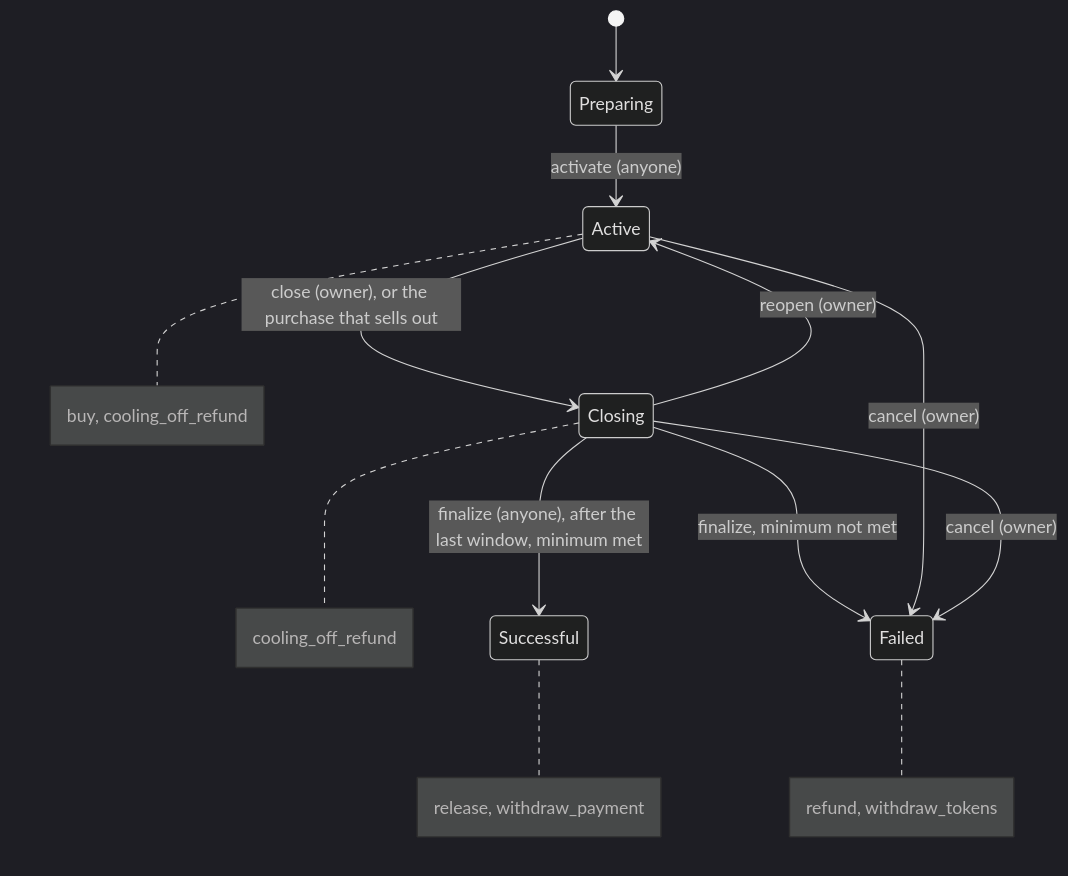
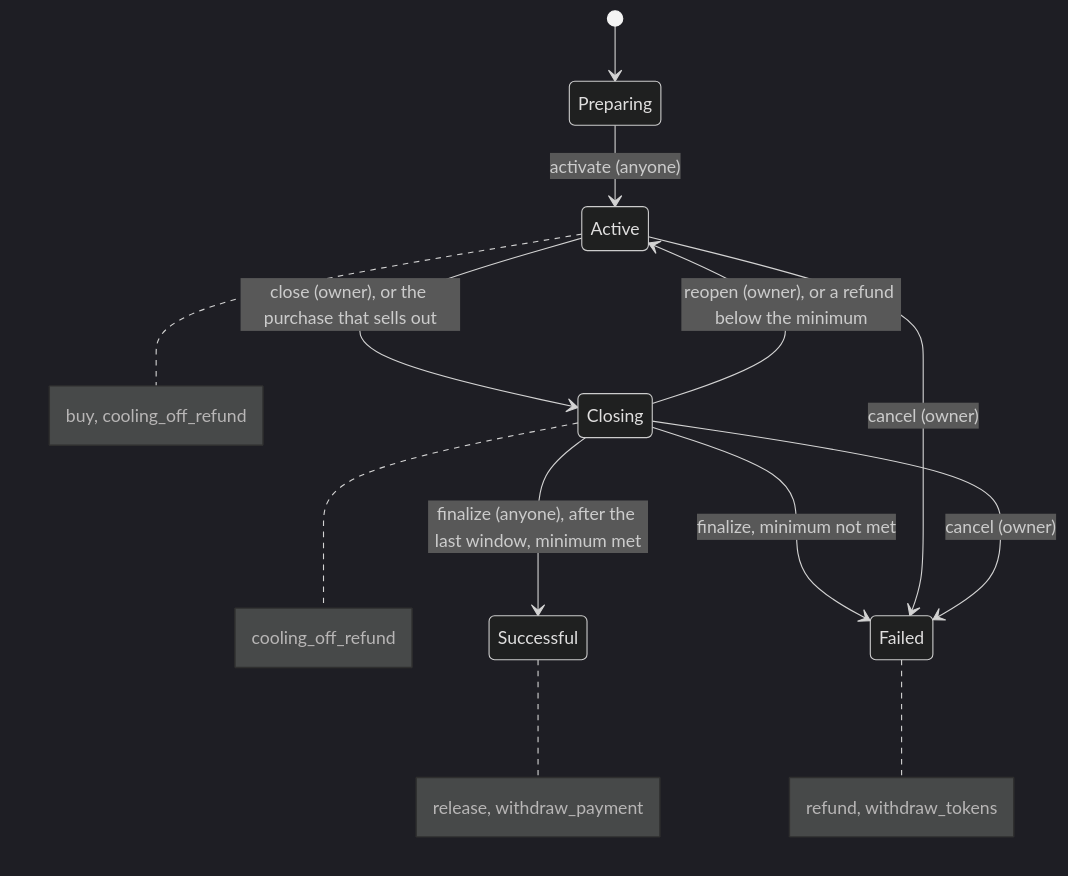
One commit to BWB-Labs/bwb-stellar changed the diagram in docs/offer-sale.md. Above: the diagram before and after it, drawn with Mermaid (dark theme). The commit also changed other lines of this file and 6 other files, not shown here.

First line of the commit message:
feat(offer-sale): a refund below the minimum during closing reopens buying

````diff
--- a/docs/offer-sale.md
+++ b/docs/offer-sale.md
@@ -12,15 +12,15 @@
 ```mermaid
 stateDiagram-v2
   [*] --> Preparing
   Preparing --> Active: activate (anyone)
   Active --> Closing: close (owner), or the purchase that sells out
-  Closing --> Active: reopen (owner)
+  Closing --> Active: reopen (owner), or a refund below the minimum
   Closing --> Successful: finalize (anyone), after the last window, minimum met
   Closing --> Failed: finalize, minimum not met
   Active --> Failed: cancel (owner)
   Closing --> Failed: cancel (owner)
   note right of Active : buy, cooling_off_refund
   note right of Closing : cooling_off_refund
   note right of Successful : release, withdraw_payment
   note right of Failed : refund, withdraw_tokens
 ```
````
